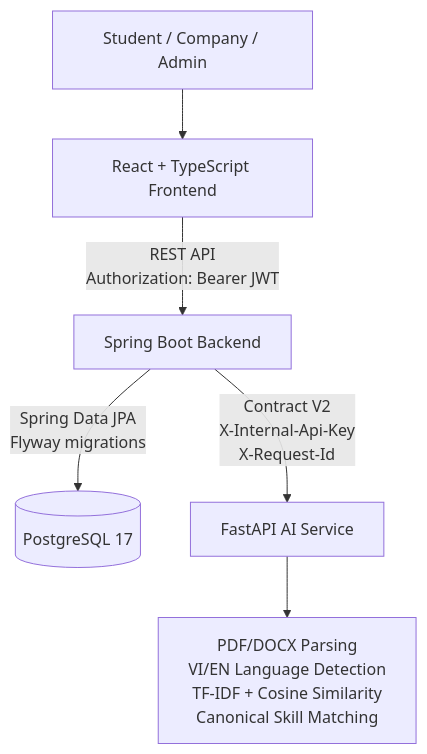
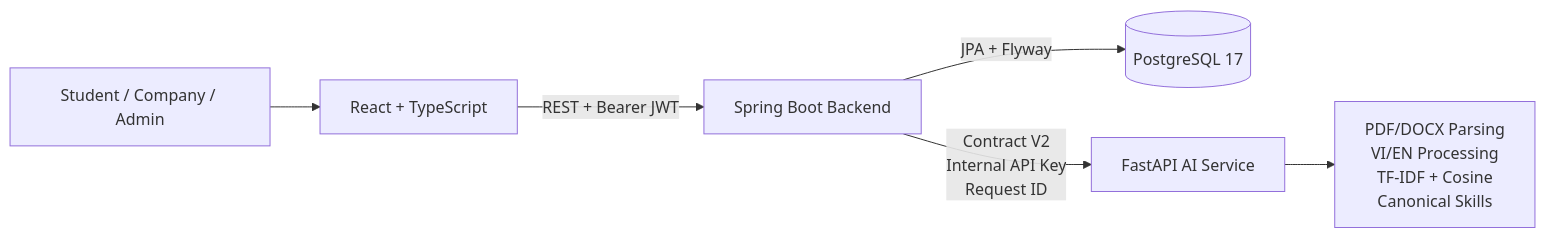
One commit to binkadev/student-job-recommendation-system changed the first of 2 diagrams in README.md. Above: the diagram before and after it, drawn with Mermaid. The commit also changed other lines of this file, not shown here.

````diff
--- a/README.md
+++ b/README.md
@@ -106,15 +105,15 @@
 ```mermaid
-flowchart TB
+flowchart LR
     U[Student / Company / Admin]
-    FE[React + TypeScript Frontend]
+    FE[React + TypeScript]
     BE[Spring Boot Backend]
     DB[(PostgreSQL 17)]
     AI[FastAPI AI Service]
-    NLP[PDF/DOCX Parsing<br/>VI/EN Language Detection<br/>TF-IDF + Cosine Similarity<br/>Canonical Skill Matching]
+    NLP[PDF/DOCX Parsing<br/>VI/EN Processing<br/>TF-IDF + Cosine<br/>Canonical Skills]
 
     U --> FE
-    FE -->|REST API<br/>Authorization: Bearer JWT| BE
-    BE -->|Spring Data JPA<br/>Flyway migrations| DB
-    BE -->|Contract V2<br/>X-Internal-Api-Key<br/>X-Request-Id| AI
+    FE -->|REST + Bearer JWT| BE
+    BE -->|JPA + Flyway| DB
+    BE -->|Contract V2<br/>Internal API Key<br/>Request ID| AI
     AI --> NLP
 ```
````
